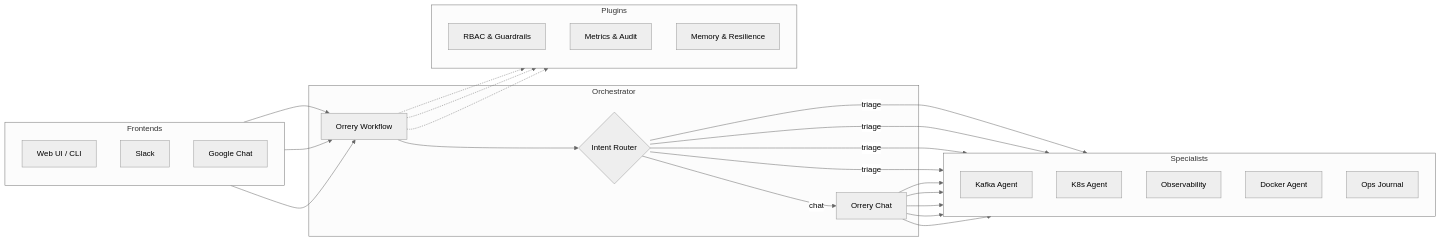
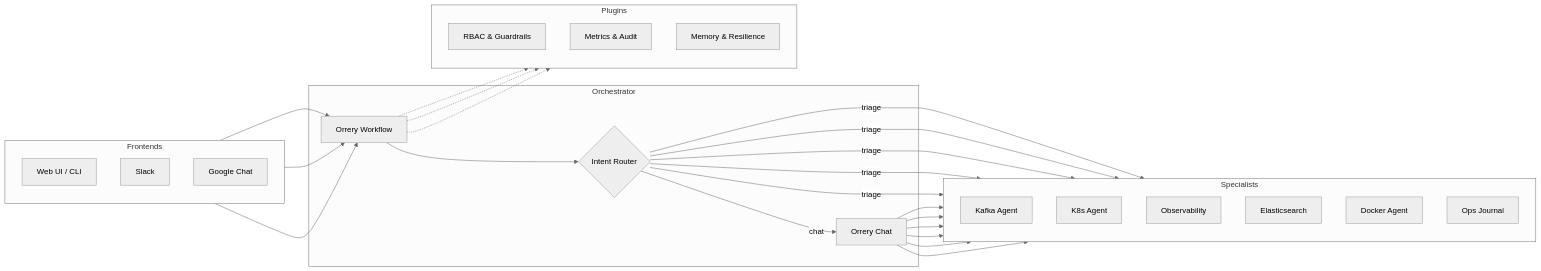
One commit to BAHALLA/ai-agents changed the diagram in docs/index.md. Above: the diagram before and after it, drawn with Mermaid (neutral theme). The commit also changed 7 other files, not shown here.

````diff
--- a/docs/index.md
+++ b/docs/index.md
@@ -51,43 +51,44 @@
 ```mermaid
 graph LR
     subgraph Frontends
         direction TB
         WEB[Web UI / CLI]
         SLACK[Slack]
         GCHAT[Google Chat]
     end
 
     subgraph Orchestrator
         ROOT[Orrery Workflow]
         ROUTER{Intent Router}
         CHAT[Orrery Chat]
     end
 
     subgraph Specialists
         direction TB
         KAFKA[Kafka Agent]
         K8S[K8s Agent]
         OBS[Observability]
+        ES[Elasticsearch]
         DOCKER[Docker Agent]
         JOURNAL[Ops Journal]
     end
 
     subgraph Plugins
         direction TB
         P1[RBAC & Guardrails]
         P2[Metrics & Audit]
         P3[Memory & Resilience]
     end
 
     WEB --> ROOT
     SLACK --> ROOT
     GCHAT --> ROOT
     ROOT --> ROUTER
     ROUTER -- "chat" --> CHAT
-    ROUTER -- "triage" --> KAFKA & K8S & OBS & DOCKER
-    CHAT --> KAFKA & K8S & OBS & DOCKER & JOURNAL
+    ROUTER -- "triage" --> KAFKA & K8S & OBS & ES & DOCKER
+    CHAT --> KAFKA & K8S & OBS & ES & DOCKER & JOURNAL
 
     ROOT -.-> P1
     ROOT -.-> P2
     ROOT -.-> P3
 ```
````
